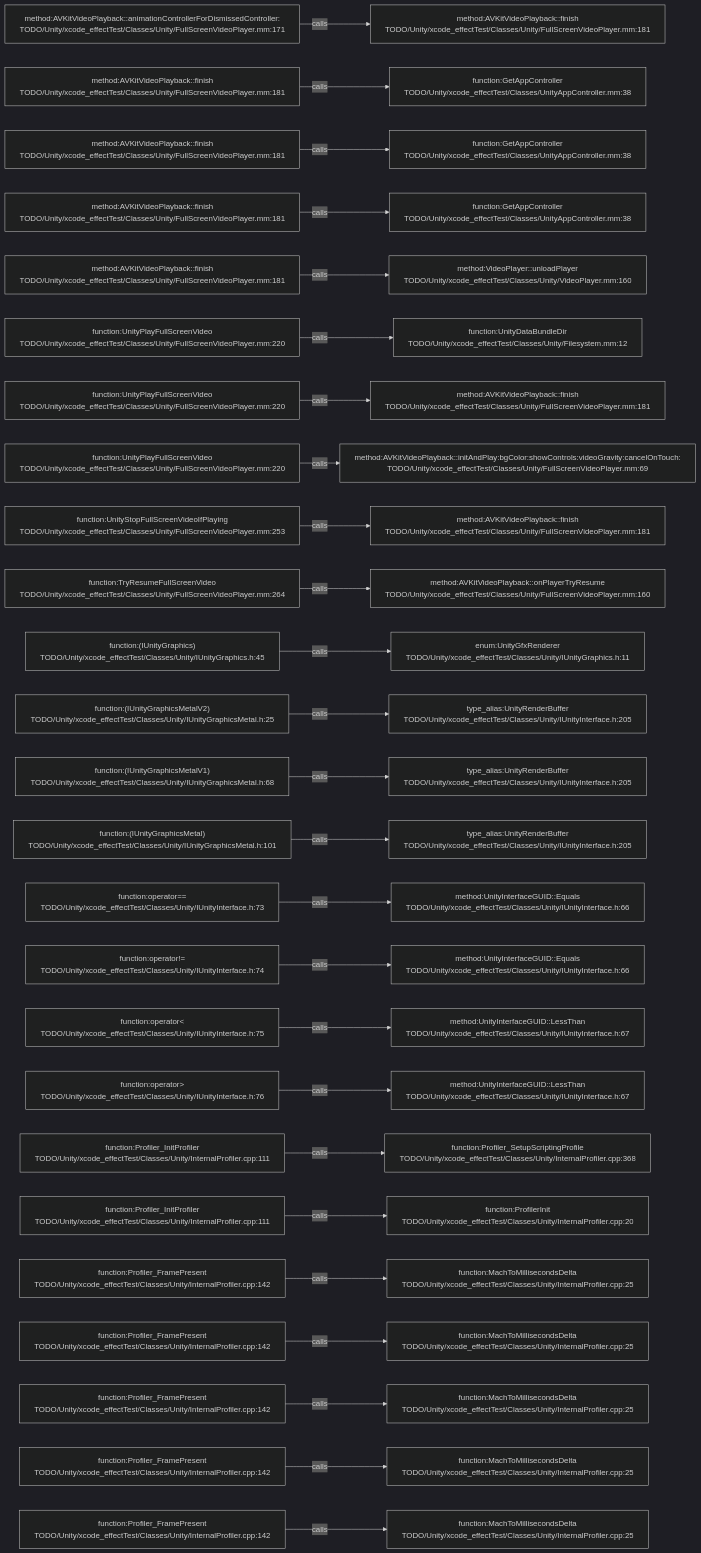
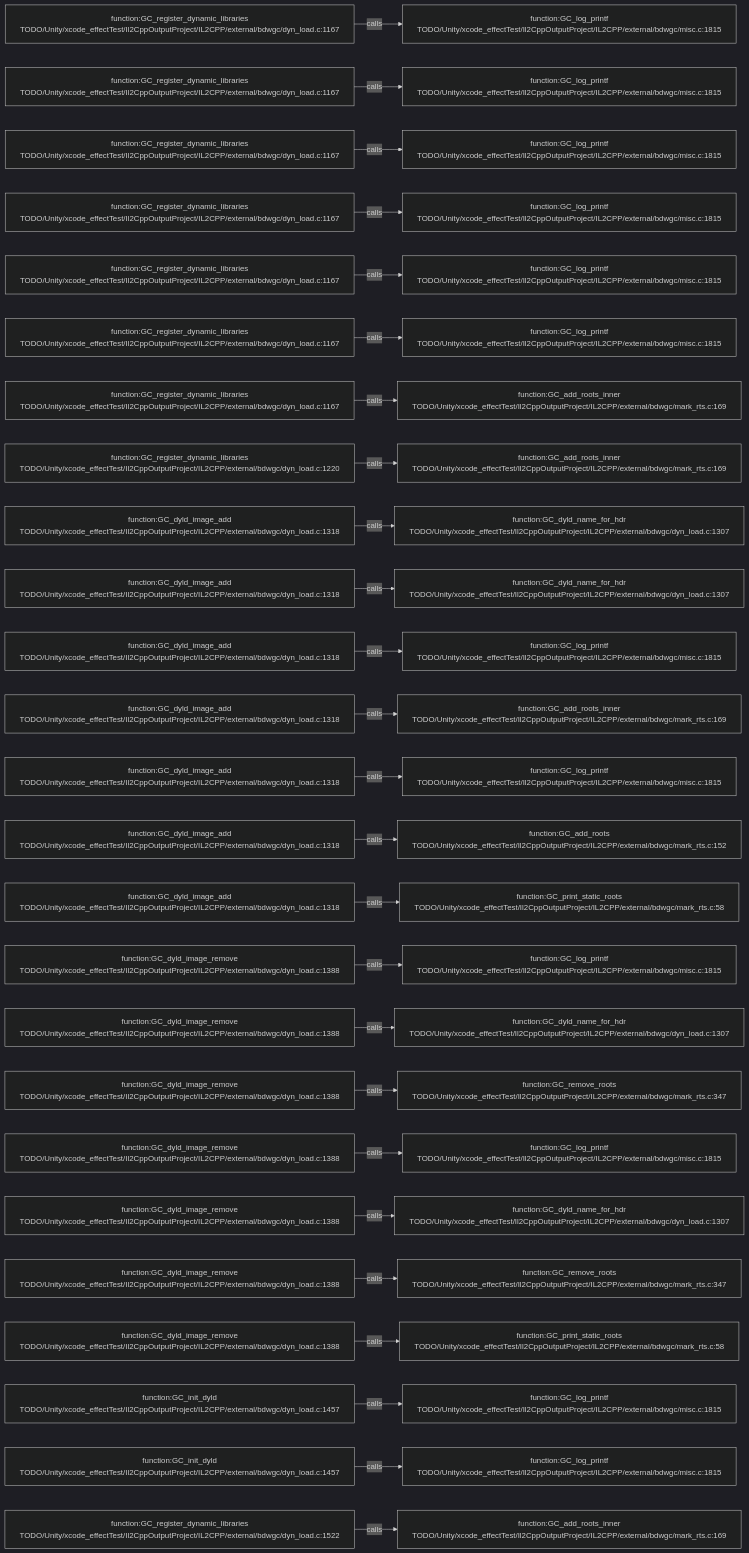
One commit to JobsKits/JobsSwiftBaseConfigDemo changed the diagram in .codegraph/codegraph.md/graphs/calls-106.md. Above: the diagram before and after it, drawn with Mermaid (dark theme). The commit also changed 227 other files, not shown here.

````diff
--- a/.codegraph/codegraph.md/graphs/calls-106.md
+++ b/.codegraph/codegraph.md/graphs/calls-106.md
@@ -13,78 +13,78 @@
 ```mermaid
 flowchart LR
-  S1["method:AVKitVideoPlayback::animationControllerForDismissedController:<br/>TODO/Unity/xcode_effectTest/Classes/Unity/FullScreenVideoPlayer.mm:171"]
-  T1["method:AVKitVideoPlayback::finish<br/>TODO/Unity/xcode_effectTest/Classes/Unity/FullScreenVideoPlayer.mm:181"]
+  S1["function:GC_register_dynamic_libraries<br/>TODO/Unity/xcode_effectTest/Il2CppOutputProject/IL2CPP/external/bdwgc/dyn_load.c:1167"]
+  T1["function:GC_log_printf<br/>TODO/Unity/xcode_effectTest/Il2CppOutputProject/IL2CPP/external/bdwgc/misc.c:1815"]
   S1 -->|calls| T1
-  S2["method:AVKitVideoPlayback::finish<br/>TODO/Unity/xcode_effectTest/Classes/Unity/FullScreenVideoPlayer.mm:181"]
-  T2["function:GetAppController<br/>TODO/Unity/xcode_effectTest/Classes/UnityAppController.mm:38"]
+  S2["function:GC_register_dynamic_libraries<br/>TODO/Unity/xcode_effectTest/Il2CppOutputProject/IL2CPP/external/bdwgc/dyn_load.c:1167"]
+  T2["function:GC_log_printf<br/>TODO/Unity/xcode_effectTest/Il2CppOutputProject/IL2CPP/external/bdwgc/misc.c:1815"]
   S2 -->|calls| T2
-  S3["method:AVKitVideoPlayback::finish<br/>TODO/Unity/xcode_effectTest/Classes/Unity/FullScreenVideoPlayer.mm:181"]
-  T3["function:GetAppController<br/>TODO/Unity/xcode_effectTest/Classes/UnityAppController.mm:38"]
+  S3["function:GC_register_dynamic_libraries<br/>TODO/Unity/xcode_effectTest/Il2CppOutputProject/IL2CPP/external/bdwgc/dyn_load.c:1167"]
+  T3["function:GC_log_printf<br/>TODO/Unity/xcode_effectTest/Il2CppOutputProject/IL2CPP/external/bdwgc/misc.c:1815"]
   S3 -->|calls| T3
-  S4["method:AVKitVideoPlayback::finish<br/>TODO/Unity/xcode_effectTest/Classes/Unity/FullScreenVideoPlayer.mm:181"]
-  T4["function:GetAppController<br/>TODO/Unity/xcode_effectTest/Classes/UnityAppController.mm:38"]
+  S4["function:GC_register_dynamic_libraries<br/>TODO/Unity/xcode_effectTest/Il2CppOutputProject/IL2CPP/external/bdwgc/dyn_load.c:1167"]
+  T4["function:GC_log_printf<br/>TODO/Unity/xcode_effectTest/Il2CppOutputProject/IL2CPP/external/bdwgc/misc.c:1815"]
   S4 -->|calls| T4
-  S5["method:AVKitVideoPlayback::finish<br/>TODO/Unity/xcode_effectTest/Classes/Unity/FullScreenVideoPlayer.mm:181"]
-  T5["method:VideoPlayer::unloadPlayer<br/>TODO/Unity/xcode_effectTest/Classes/Unity/VideoPlayer.mm:160"]
+  S5["function:GC_register_dynamic_libraries<br/>TODO/Unity/xcode_effectTest/Il2CppOutputProject/IL2CPP/external/bdwgc/dyn_load.c:1167"]
+  T5["function:GC_log_printf<br/>TODO/Unity/xcode_effectTest/Il2CppOutputProject/IL2CPP/external/bdwgc/misc.c:1815"]
   S5 -->|calls| T5
-  S6["function:UnityPlayFullScreenVideo<br/>TODO/Unity/xcode_effectTest/Classes/Unity/FullScreenVideoPlayer.mm:220"]
-  T6["function:UnityDataBundleDir<br/>TODO/Unity/xcode_effectTest/Classes/Unity/Filesystem.mm:12"]
+  S6["function:GC_register_dynamic_libraries<br/>TODO/Unity/xcode_effectTest/Il2CppOutputProject/IL2CPP/external/bdwgc/dyn_load.c:1167"]
+  T6["function:GC_log_printf<br/>TODO/Unity/xcode_effectTest/Il2CppOutputProject/IL2CPP/external/bdwgc/misc.c:1815"]
   S6 -->|calls| T6
-  S7["function:UnityPlayFullScreenVideo<br/>TODO/Unity/xcode_effectTest/Classes/Unity/FullScreenVideoPlayer.mm:220"]
-  T7["method:AVKitVideoPlayback::finish<br/>TODO/Unity/xcode_effectTest/Classes/Unity/FullScreenVideoPlayer.mm:181"]
+  S7["function:GC_register_dynamic_libraries<br/>TODO/Unity/xcode_effectTest/Il2CppOutputProject/IL2CPP/external/bdwgc/dyn_load.c:1167"]
+  T7["function:GC_add_roots_inner<br/>TODO/Unity/xcode_effectTest/Il2CppOutputProject/IL2CPP/external/bdwgc/mark_rts.c:169"]
   S7 -->|calls| T7
-  S8["function:UnityPlayFullScreenVideo<br/>TODO/Unity/xcode_effectTest/Classes/Unity/FullScreenVideoPlayer.mm:220"]
-  T8["method:AVKitVideoPlayback::initAndPlay:bgColor:showControls:videoGravity:cancelOnTouch:<br/>TODO/Unity/xcode_effectTest/Classes/Unity/FullScreenVideoPlayer.mm:69"]
+  S8["function:GC_register_dynamic_libraries<br/>TODO/Unity/xcode_effectTest/Il2CppOutputProject/IL2CPP/external/bdwgc/dyn_load.c:1220"]
+  T8["function:GC_add_roots_inner<br/>TODO/Unity/xcode_effectTest/Il2CppOutputProject/IL2CPP/external/bdwgc/mark_rts.c:169"]
   S8 -->|calls| T8
-  S9["function:UnityStopFullScreenVideoIfPlaying<br/>TODO/Unity/xcode_effectTest/Classes/Unity/FullScreenVideoPlayer.mm:253"]
-  T9["method:AVKitVideoPlayback::finish<br/>TODO/Unity/xcode_effectTest/Classes/Unity/FullScreenVideoPlayer.mm:181"]
+  S9["function:GC_dyld_image_add<br/>TODO/Unity/xcode_effectTest/Il2CppOutputProject/IL2CPP/external/bdwgc/dyn_load.c:1318"]
+  T9["function:GC_dyld_name_for_hdr<br/>TODO/Unity/xcode_effectTest/Il2CppOutputProject/IL2CPP/external/bdwgc/dyn_load.c:1307"]
   S9 -->|calls| T9
-  S10["function:TryResumeFullScreenVideo<br/>TODO/Unity/xcode_effectTest/Classes/Unity/FullScreenVideoPlayer.mm:264"]
-  T10["method:AVKitVideoPlayback::onPlayerTryResume<br/>TODO/Unity/xcode_effectTest/Classes/Unity/FullScreenVideoPlayer.mm:160"]
+  S10["function:GC_dyld_image_add<br/>TODO/Unity/xcode_effectTest/Il2CppOutputProject/IL2CPP/external/bdwgc/dyn_load.c:1318"]
+  T10["function:GC_dyld_name_for_hdr<br/>TODO/Unity/xcode_effectTest/Il2CppOutputProject/IL2CPP/external/bdwgc/dyn_load.c:1307"]
   S10 -->|calls| T10
-  S11["function:(IUnityGraphics)<br/>TODO/Unity/xcode_effectTest/Classes/Unity/IUnityGraphics.h:45"]
-  T11["enum:UnityGfxRenderer<br/>TODO/Unity/xcode_effectTest/Classes/Unity/IUnityGraphics.h:11"]
+  S11["function:GC_dyld_image_add<br/>TODO/Unity/xcode_effectTest/Il2CppOutputProject/IL2CPP/external/bdwgc/dyn_load.c:1318"]
+  T11["function:GC_log_printf<br/>TODO/Unity/xcode_effectTest/Il2CppOutputProject/IL2CPP/external/bdwgc/misc.c:1815"]
   S11 -->|calls| T11
-  S12["function:(IUnityGraphicsMetalV2)<br/>TODO/Unity/xcode_effectTest/Classes/Unity/IUnityGraphicsMetal.h:25"]
-  T12["type_alias:UnityRenderBuffer<br/>TODO/Unity/xcode_effectTest/Classes/Unity/IUnityInterface.h:205"]
+  S12["function:GC_dyld_image_add<br/>TODO/Unity/xcode_effectTest/Il2CppOutputProject/IL2CPP/external/bdwgc/dyn_load.c:1318"]
+  T12["function:GC_add_roots_inner<br/>TODO/Unity/xcode_effectTest/Il2CppOutputProject/IL2CPP/external/bdwgc/mark_rts.c:169"]
   S12 -->|calls| T12
-  S13["function:(IUnityGraphicsMetalV1)<br/>TODO/Unity/xcode_effectTest/Classes/Unity/IUnityGraphicsMetal.h:68"]
-  T13["type_alias:UnityRenderBuffer<br/>TODO/Unity/xcode_effectTest/Classes/Unity/IUnityInterface.h:205"]
+  S13["function:GC_dyld_image_add<br/>TODO/Unity/xcode_effectTest/Il2CppOutputProject/IL2CPP/external/bdwgc/dyn_load.c:1318"]
+  T13["function:GC_log_printf<br/>TODO/Unity/xcode_effectTest/Il2CppOutputProject/IL2CPP/external/bdwgc/misc.c:1815"]
   S13 -->|calls| T13
-  S14["function:(IUnityGraphicsMetal)<br/>TODO/Unity/xcode_effectTest/Classes/Unity/IUnityGraphicsMetal.h:101"]
-  T14["type_alias:UnityRenderBuffer<br/>TODO/Unity/xcode_effectTest/Classes/Unity/IUnityInterface.h:205"]
+  S14["function:GC_dyld_image_add<br/>TODO/Unity/xcode_effectTest/Il2CppOutputProject/IL2CPP/external/bdwgc/dyn_load.c:1318"]
+  T14["function:GC_add_roots<br/>TODO/Unity/xcode_effectTest/Il2CppOutputProject/IL2CPP/external/bdwgc/mark_rts.c:152"]
   S14 -->|calls| T14
-  S15["function:operator==<br/>TODO/Unity/xcode_effectTest/Classes/Unity/IUnityInterface.h:73"]
-  T15["method:UnityInterfaceGUID::Equals<br/>TODO/Unity/xcode_effectTest/Classes/Unity/IUnityInterface.h:66"]
+  S15["function:GC_dyld_image_add<br/>TODO/Unity/xcode_effectTest/Il2CppOutputProject/IL2CPP/external/bdwgc/dyn_load.c:1318"]
+  T15["function:GC_print_static_roots<br/>TODO/Unity/xcode_effectTest/Il2CppOutputProject/IL2CPP/external/bdwgc/mark_rts.c:58"]
   S15 -->|calls| T15
-  S16["function:operator!=<br/>TODO/Unity/xcode_effectTest/Classes/Unity/IUnityInterface.h:74"]
-  T16["method:UnityInterfaceGUID::Equals<br/>TODO/Unity/xcode_effectTest/Classes/Unity/IUnityInterface.h:66"]
+  S16["function:GC_dyld_image_remove<br/>TODO/Unity/xcode_effectTest/Il2CppOutputProject/IL2CPP/external/bdwgc/dyn_load.c:1388"]
+  T16["function:GC_log_printf<br/>TODO/Unity/xcode_effectTest/Il2CppOutputProject/IL2CPP/external/bdwgc/misc.c:1815"]
   S16 -->|calls| T16
-  S17["function:operator<<br/>TODO/Unity/xcode_effectTest/Classes/Unity/IUnityInterface.h:75"]
-  T17["method:UnityInterfaceGUID::LessThan<br/>TODO/Unity/xcode_effectTest/Classes/Unity/IUnityInterface.h:67"]
+  S17["function:GC_dyld_image_remove<br/>TODO/Unity/xcode_effectTest/Il2CppOutputProject/IL2CPP/external/bdwgc/dyn_load.c:1388"]
+  T17["function:GC_dyld_name_for_hdr<br/>TODO/Unity/xcode_effectTest/Il2CppOutputProject/IL2CPP/external/bdwgc/dyn_load.c:1307"]
   S17 -->|calls| T17
-  S18["function:operator><br/>TODO/Unity/xcode_effectTest/Classes/Unity/IUnityInterface.h:76"]
-  T18["method:UnityInterfaceGUID::LessThan<br/>TODO/Unity/xcode_effectTest/Classes/Unity/IUnityInterface.h:67"]
+  S18["function:GC_dyld_image_remove<br/>TODO/Unity/xcode_effectTest/Il2CppOutputProject/IL2CPP/external/bdwgc/dyn_load.c:1388"]
+  T18["function:GC_remove_roots<br/>TODO/Unity/xcode_effectTest/Il2CppOutputProject/IL2CPP/external/bdwgc/mark_rts.c:347"]
   S18 -->|calls| T18
-  S19["function:Profiler_InitProfiler<br/>TODO/Unity/xcode_effectTest/Classes/Unity/InternalProfiler.cpp:111"]
-  T19["function:Profiler_SetupScriptingProfile<br/>TODO/Unity/xcode_effectTest/Classes/Unity/InternalProfiler.cpp:368"]
+  S19["function:GC_dyld_image_remove<br/>TODO/Unity/xcode_effectTest/Il2CppOutputProject/IL2CPP/external/bdwgc/dyn_load.c:1388"]
+  T19["function:GC_log_printf<br/>TODO/Unity/xcode_effectTest/Il2CppOutputProject/IL2CPP/external/bdwgc/misc.c:1815"]
   S19 -->|calls| T19
-  S20["function:Profiler_InitProfiler<br/>TODO/Unity/xcode_effectTest/Classes/Unity/InternalProfiler.cpp:111"]
-  T20["function:ProfilerInit<br/>TODO/Unity/xcode_effectTest/Classes/Unity/InternalProfiler.cpp:20"]
+  S20["function:GC_dyld_image_remove<br/>TODO/Unity/xcode_effectTest/Il2CppOutputProject/IL2CPP/external/bdwgc/dyn_load.c:1388"]
+  T20["function:GC_dyld_name_for_hdr<br/>TODO/Unity/xcode_effectTest/Il2CppOutputProject/IL2CPP/external/bdwgc/dyn_load.c:1307"]
   S20 -->|calls| T20
-  S21["function:Profiler_FramePresent<br/>TODO/Unity/xcode_effectTest/Classes/Unity/InternalProfiler.cpp:142"]
-  T21["function:MachToMillisecondsDelta<br/>TODO/Unity/xcode_effectTest/Classes/Unity/InternalProfiler.cpp:25"]
+  S21["function:GC_dyld_image_remove<br/>TODO/Unity/xcode_effectTest/Il2CppOutputProject/IL2CPP/external/bdwgc/dyn_load.c:1388"]
+  T21["function:GC_remove_roots<br/>TODO/Unity/xcode_effectTest/Il2CppOutputProject/IL2CPP/external/bdwgc/mark_rts.c:347"]
   S21 -->|calls| T21
-  S22["function:Profiler_FramePresent<br/>TODO/Unity/xcode_effectTest/Classes/Unity/InternalProfiler.cpp:142"]
-  T22["function:MachToMillisecondsDelta<br/>TODO/Unity/xcode_effectTest/Classes/Unity/InternalProfiler.cpp:25"]
+  S22["function:GC_dyld_image_remove<br/>TODO/Unity/xcode_effectTest/Il2CppOutputProject/IL2CPP/external/bdwgc/dyn_load.c:1388"]
+  T22["function:GC_print_static_roots<br/>TODO/Unity/xcode_effectTest/Il2CppOutputProject/IL2CPP/external/bdwgc/mark_rts.c:58"]
   S22 -->|calls| T22
-  S23["function:Profiler_FramePresent<br/>TODO/Unity/xcode_effectTest/Classes/Unity/InternalProfiler.cpp:142"]
-  T23["function:MachToMillisecondsDelta<br/>TODO/Unity/xcode_effectTest/Classes/Unity/InternalProfiler.cpp:25"]
+  S23["function:GC_init_dyld<br/>TODO/Unity/xcode_effectTest/Il2CppOutputProject/IL2CPP/external/bdwgc/dyn_load.c:1457"]
+  T23["function:GC_log_printf<br/>TODO/Unity/xcode_effectTest/Il2CppOutputProject/IL2CPP/external/bdwgc/misc.c:1815"]
   S23 -->|calls| T23
-  S24["function:Profiler_FramePresent<br/>TODO/Unity/xcode_effectTest/Classes/Unity/InternalProfiler.cpp:142"]
-  T24["function:MachToMillisecondsDelta<br/>TODO/Unity/xcode_effectTest/Classes/Unity/InternalProfiler.cpp:25"]
+  S24["function:GC_init_dyld<br/>TODO/Unity/xcode_effectTest/Il2CppOutputProject/IL2CPP/external/bdwgc/dyn_load.c:1457"]
+  T24["function:GC_log_printf<br/>TODO/Unity/xcode_effectTest/Il2CppOutputProject/IL2CPP/external/bdwgc/misc.c:1815"]
   S24 -->|calls| T24
-  S25["function:Profiler_FramePresent<br/>TODO/Unity/xcode_effectTest/Classes/Unity/InternalProfiler.cpp:142"]
-  T25["function:MachToMillisecondsDelta<br/>TODO/Unity/xcode_effectTest/Classes/Unity/InternalProfiler.cpp:25"]
+  S25["function:GC_register_dynamic_libraries<br/>TODO/Unity/xcode_effectTest/Il2CppOutputProject/IL2CPP/external/bdwgc/dyn_load.c:1522"]
+  T25["function:GC_add_roots_inner<br/>TODO/Unity/xcode_effectTest/Il2CppOutputProject/IL2CPP/external/bdwgc/mark_rts.c:169"]
   S25 -->|calls| T25
 ```
````
